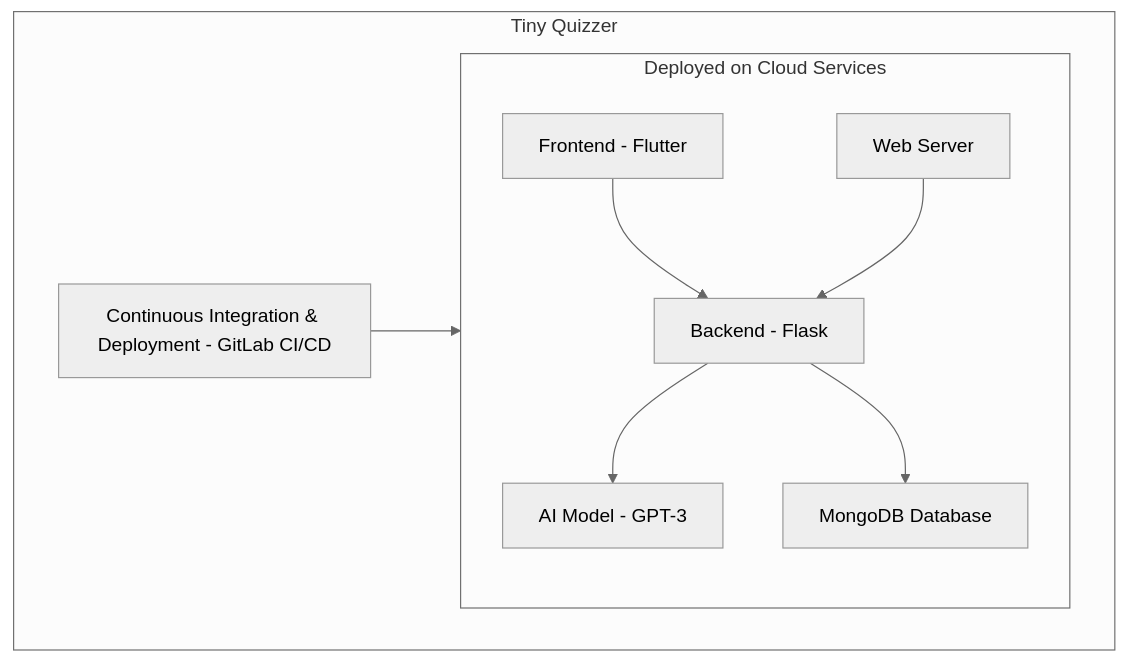
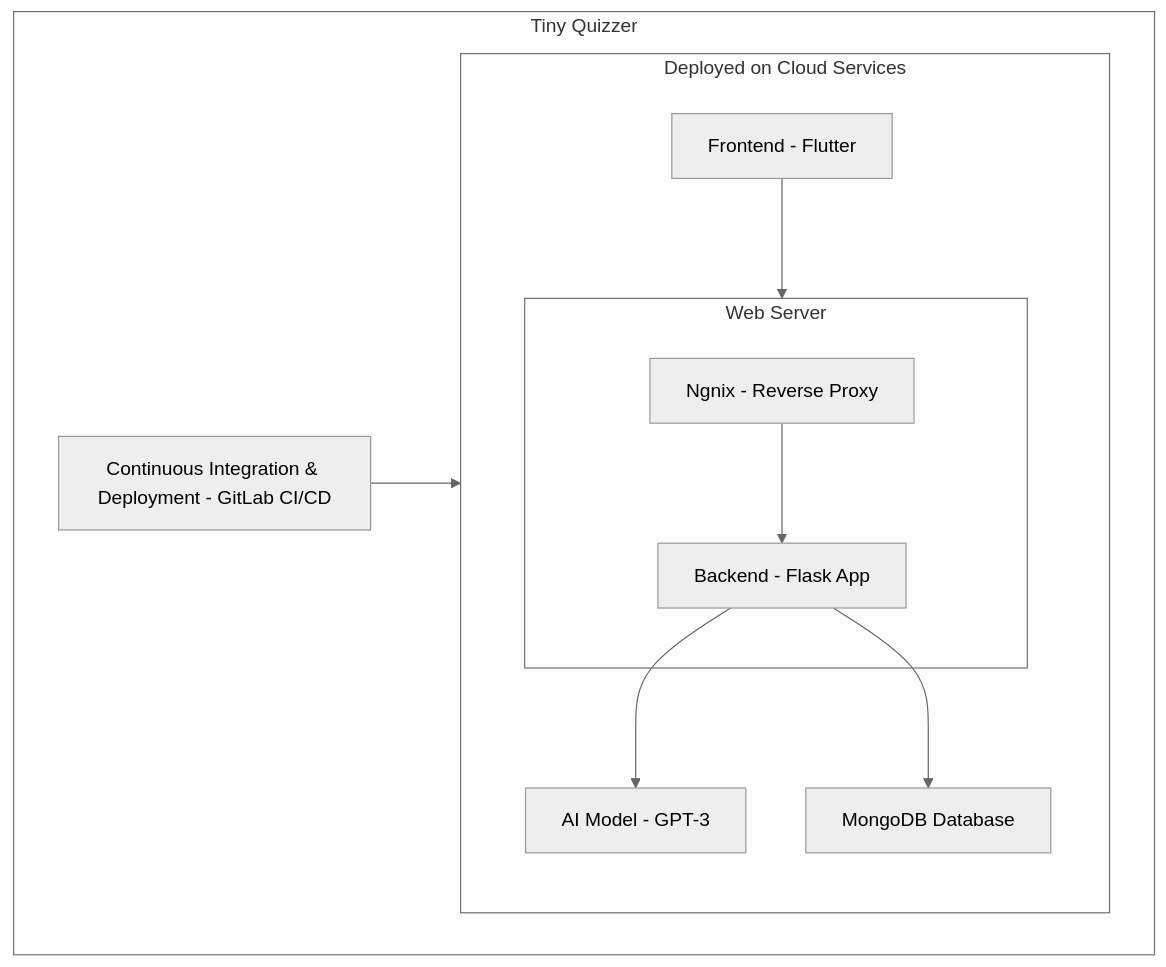
The diagram in docs/ARCHITECTURE.md (aldrineeinsteen/tiny_quizzer), drawn with Mermaid (neutral theme) before and after one commit.

````diff
--- a/docs/ARCHITECTURE.md
+++ b/docs/ARCHITECTURE.md
@@ -7,13 +7,17 @@
 ```mermaid
 graph TB
   subgraph Runtime [Deployed on Cloud Services]
-    A[Frontend - Flutter] --> B[Backend - Flask]
-    B --> C[AI Model - GPT-3]
-    B --> D[MongoDB Database]
-    E[Web Server] --> B
+    A[Frontend - Flutter] --> W
+    C[AI Model - GPT-3]
+    D[MongoDB Database]
+  end
+  subgraph W[Web Server]
+    N[Ngnix - Reverse Proxy] --> B[Backend - Flask App]
+    B --> C
+    B --> D
   end
   subgraph Tiny Quizzer
     G[Continuous Integration & Deployment - GitLab CI/CD] --> Runtime
   end
 
   ```
````
